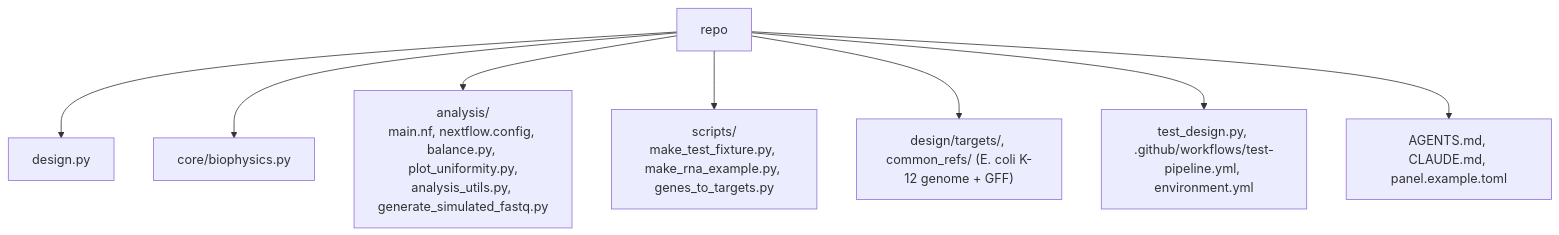
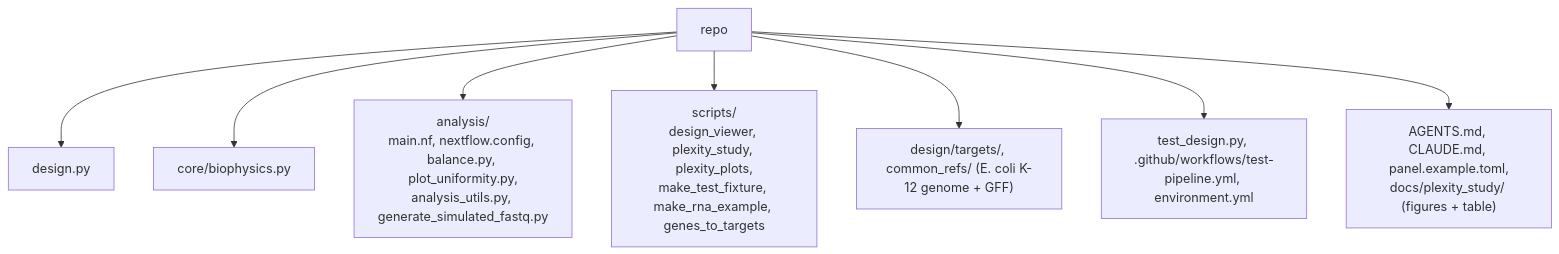
One commit to AHumanBrain/my_amplicon_project changed the ninth of 9 diagrams in README.md. Above: the diagram before and after it, drawn with Mermaid. The commit also changed other lines of this file and 7 other files, not shown here.

First line of the commit message:
docs: README plexity-study section with figures; AGENTS.md notes the study's assumptions

````diff
--- a/README.md
+++ b/README.md
@@ -288,10 +342,10 @@
 ```mermaid
 flowchart TD
     R["repo"] --> D["design.py"]
     R --> C["core/biophysics.py"]
     R --> A["analysis/<br/>main.nf, nextflow.config, balance.py, plot_uniformity.py,<br/>analysis_utils.py, generate_simulated_fastq.py"]
-    R --> S["scripts/<br/>make_test_fixture.py, make_rna_example.py, genes_to_targets.py"]
+    R --> S["scripts/<br/>design_viewer, plexity_study, plexity_plots,<br/>make_test_fixture, make_rna_example, genes_to_targets"]
     R --> X["design/targets/, common_refs/ (E. coli K-12 genome + GFF)"]
     R --> T["test_design.py, .github/workflows/test-pipeline.yml, environment.yml"]
-    R --> G["AGENTS.md, CLAUDE.md, panel.example.toml"]
+    R --> G["AGENTS.md, CLAUDE.md, panel.example.toml,<br/>docs/plexity_study/ (figures + table)"]
 ```
````
